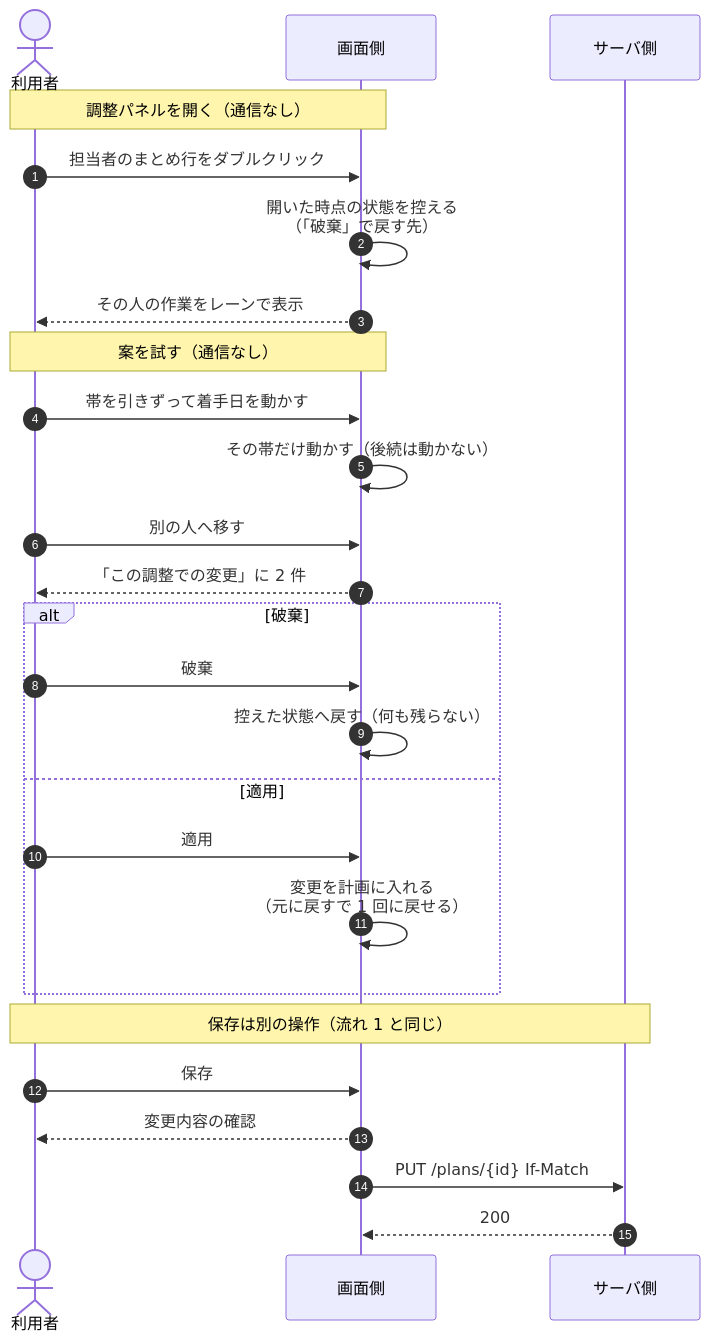
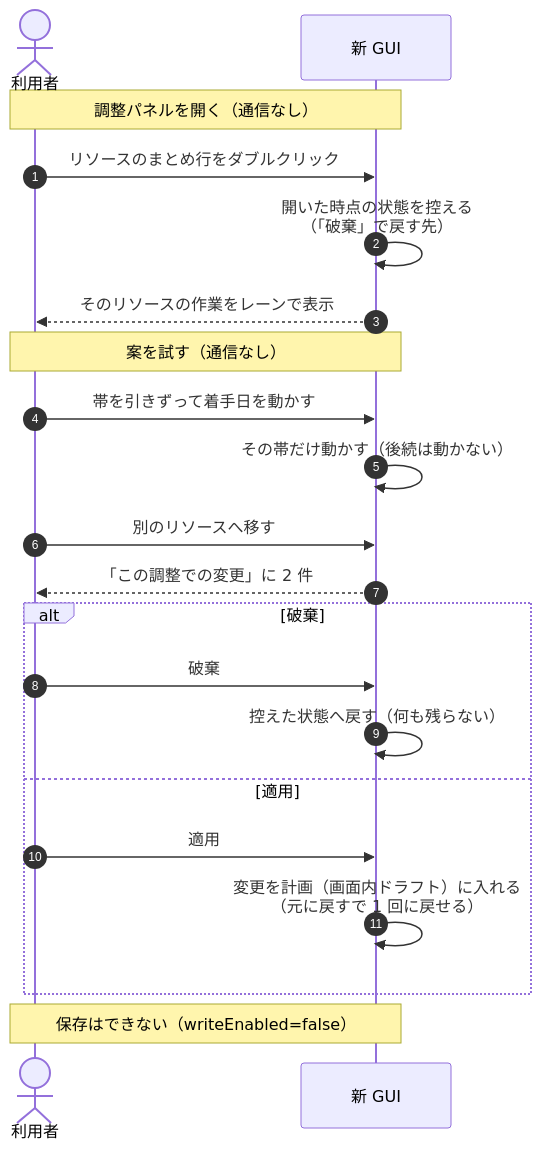
Before and after one commit to chidiremen/ccpm-update-support: the fourth of 4 diagrams in docs/interface/23-sequences.md, drawn with Mermaid. The commit also changed other lines of this file and 23 other files, not shown here.

````diff
--- a/docs/interface/23-sequences.md
+++ b/docs/interface/23-sequences.md
@@ -207,32 +127,27 @@
 ```mermaid
 sequenceDiagram
     autonumber
     actor U as 利用者
-    participant F as 画面側
-    participant S as サーバ側
+    participant F as 新 GUI
 
     Note over U,F: 調整パネルを開く（通信なし）
-    U->>F: 担当者のまとめ行をダブルクリック
+    U->>F: リソースのまとめ行をダブルクリック
     F->>F: 開いた時点の状態を控える<br/>（「破棄」で戻す先）
-    F-->>U: その人の作業をレーンで表示
+    F-->>U: そのリソースの作業をレーンで表示
 
     Note over U,F: 案を試す（通信なし）
     U->>F: 帯を引きずって着手日を動かす
     F->>F: その帯だけ動かす（後続は動かない）
-    U->>F: 別の人へ移す
+    U->>F: 別のリソースへ移す
     F-->>U: 「この調整での変更」に 2 件
 
     alt 破棄
         U->>F: 破棄
         F->>F: 控えた状態へ戻す（何も残らない）
     else 適用
         U->>F: 適用
-        F->>F: 変更を計画に入れる<br/>（元に戻すで 1 回に戻せる）
+        F->>F: 変更を計画（画面内ドラフト）に入れる<br/>（元に戻すで 1 回に戻せる）
     end
 
-    Note over U,S: 保存は別の操作（流れ 1 と同じ）
-    U->>F: 保存
-    F-->>U: 変更内容の確認
-    F->>S: PUT /plans/{id}  If-Match
-    S-->>F: 200
+    Note over U,F: 保存はできない（writeEnabled=false）
 ```
````
